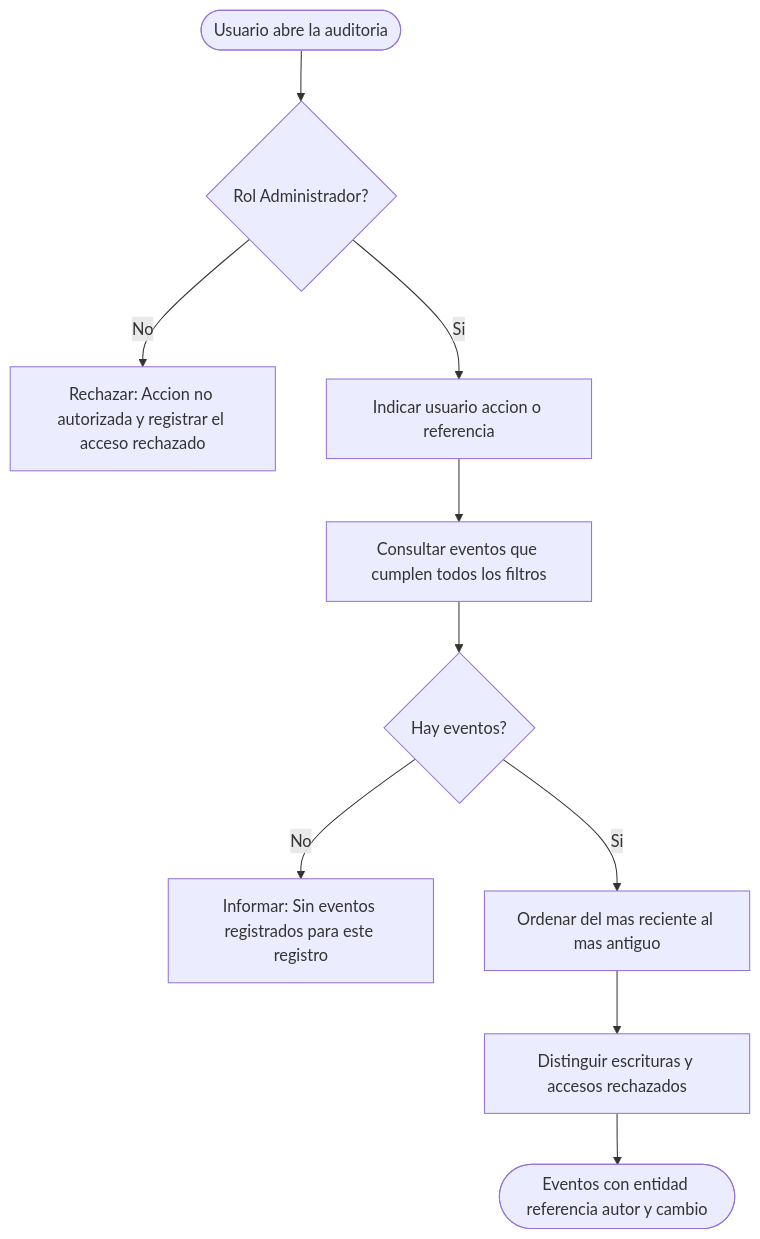
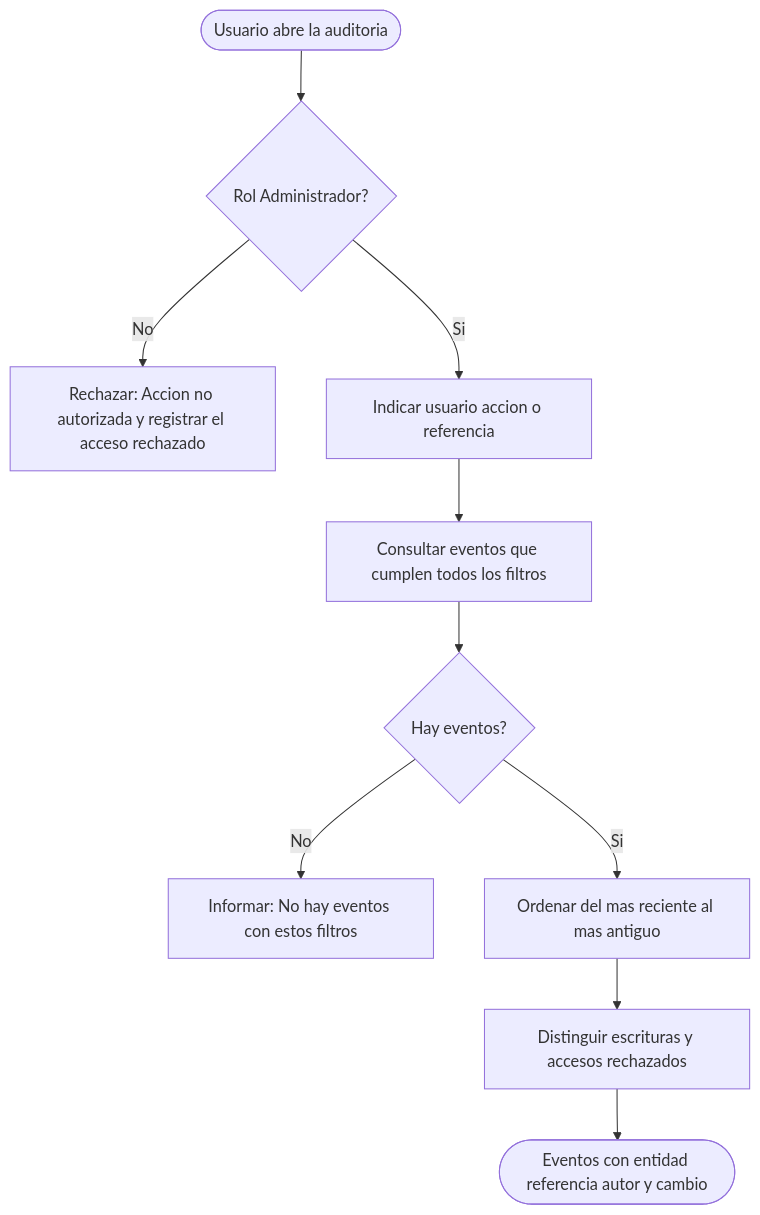
One commit to adlerOmonte1/LogisticaMinera changed the fourth of 4 diagrams in docs/modulos/M09-auditoria/diagramas/actividades.md. Above: the diagram before and after it, drawn with Mermaid. The commit also changed 72 other files, not shown here.

````diff
--- a/docs/modulos/M09-auditoria/diagramas/actividades.md
+++ b/docs/modulos/M09-auditoria/diagramas/actividades.md
@@ -58,12 +58,12 @@
 ```mermaid
 flowchart TD
     I([Usuario abre la auditoria]) --> V1{Rol Administrador?}
     V1 -->|No| E1[Rechazar: Accion no autorizada y registrar el acceso rechazado]
     V1 -->|Si| L1[Indicar usuario accion o referencia]
     L1 --> C1[Consultar eventos que cumplen todos los filtros]
     C1 --> D1{Hay eventos?}
-    D1 -->|No| M1[Informar: Sin eventos registrados para este registro]
+    D1 -->|No| M1[Informar: No hay eventos con estos filtros]
     D1 -->|Si| C2[Ordenar del mas reciente al mas antiguo]
     C2 --> C3[Distinguir escrituras y accesos rechazados]
     C3 --> F([Eventos con entidad referencia autor y cambio])
 ```
````
